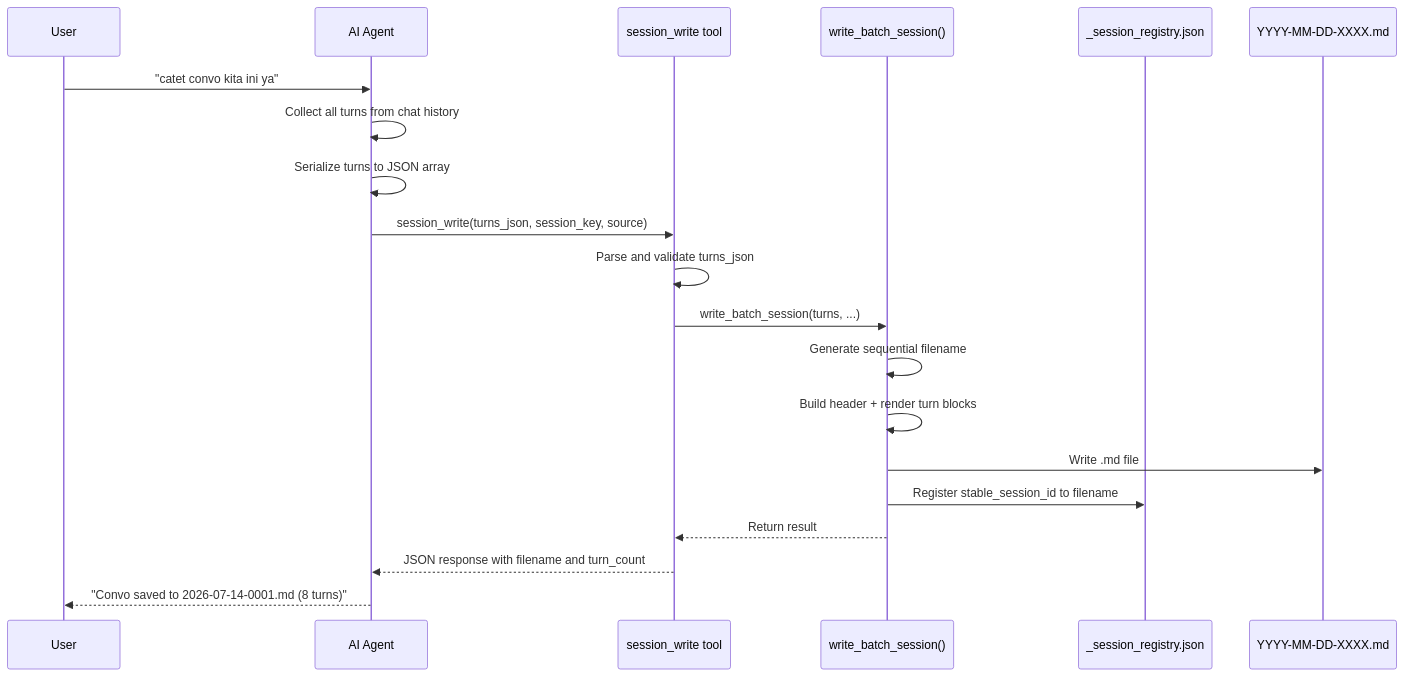
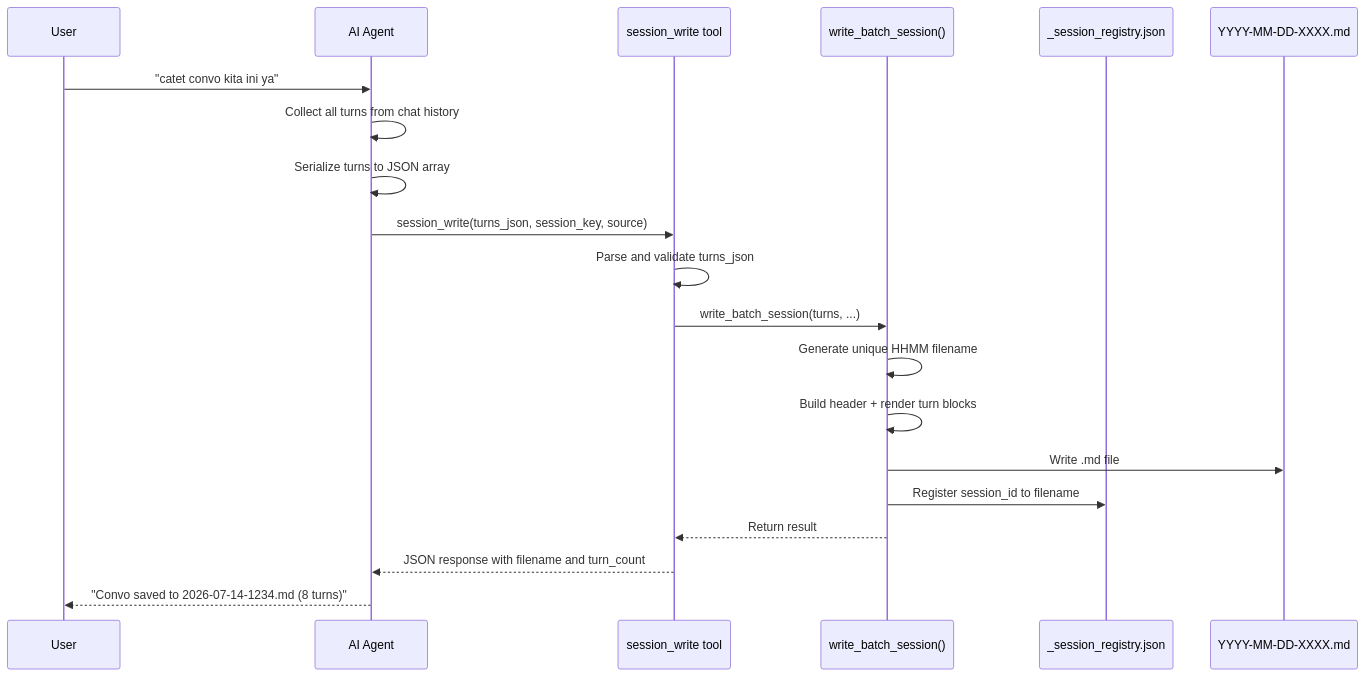
Before and after one commit to nouverse-tech/nouva-mcp-server: the third of 5 diagrams in src/skills/memory_engine/ARCHITECTURE.md, drawn with Mermaid. The commit also changed other lines of this file and 3 other files, not shown here.

Commit message:
refactor: simplify session_write by removing stable_session_id and adopting HHMM filename format with collision handling

````diff
--- a/src/skills/memory_engine/ARCHITECTURE.md
+++ b/src/skills/memory_engine/ARCHITECTURE.md
@@ -199,23 +198,23 @@
 ```mermaid
 sequenceDiagram
   participant U as User
   participant A as AI Agent
   participant T as session_write tool
   participant S as write_batch_session()
   participant R as _session_registry.json
   participant F as YYYY-MM-DD-XXXX.md
 
   U->>A: "catet convo kita ini ya"
   A->>A: Collect all turns from chat history
   A->>A: Serialize turns to JSON array
   A->>T: session_write(turns_json, session_key, source)
   T->>T: Parse and validate turns_json
   T->>S: write_batch_session(turns, ...)
-  S->>S: Generate sequential filename
+  S->>S: Generate unique HHMM filename
   S->>S: Build header + render turn blocks
   S->>F: Write .md file
-  S->>R: Register stable_session_id to filename
+  S->>R: Register session_id to filename
   S-->>T: Return result
   T-->>A: JSON response with filename and turn_count
-  A-->>U: "Convo saved to 2026-07-14-0001.md (8 turns)"
+  A-->>U: "Convo saved to 2026-07-14-1234.md (8 turns)"
 ```
````
